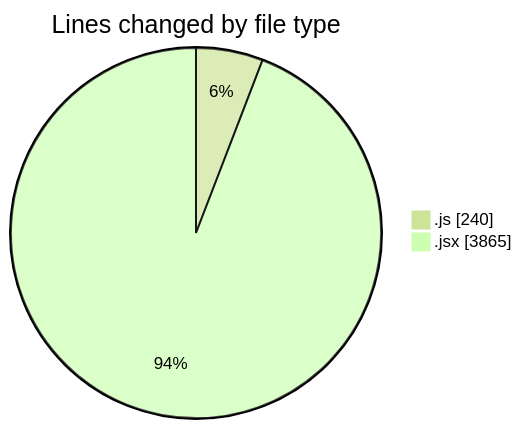
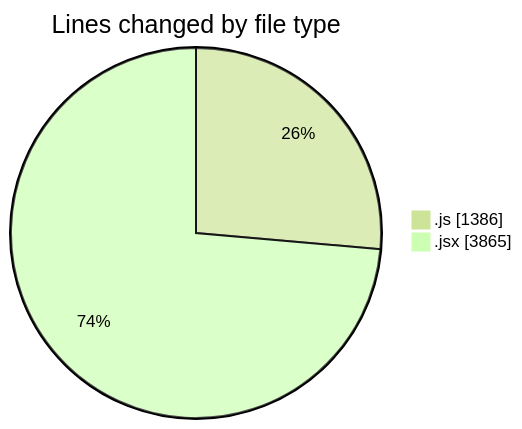
Before and after one commit to nxtqubesakshisongat/code-tracking: the first of 2 diagrams in 2026-01-19/nxtqube_webapp/README.md, drawn with Mermaid (forest theme). The commit also changed other lines of this file and 1 other file, not shown here.

````diff
--- a/2026-01-19/nxtqube_webapp/README.md
+++ b/2026-01-19/nxtqube_webapp/README.md
@@ -27,6 +28,6 @@
 ```mermaid
 pie showData
 title Lines changed by file type
-".js" : 240
+".js" : 1386
 ".jsx" : 3865
 ```
````
